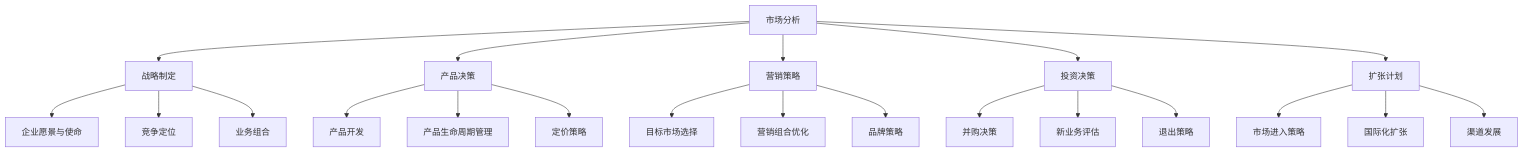
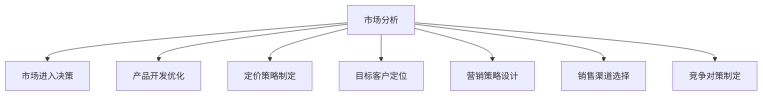
The first of 8 diagrams in src/site/notes/知识共享/002_商业分析/01_学习内容/04_市场与竞争分析/4.1 市场分析框架.md (amcoimg/my-digital-garden), drawn with Mermaid before and after one commit. The commit also changed other lines of this file and 1 other file, not shown here.

````diff
--- a/src/site/notes/知识共享/002_商业分析/01_学习内容/04_市场与竞争分析/4.1 市场分析框架.md
+++ b/src/site/notes/知识共享/002_商业分析/01_学习内容/04_市场与竞争分析/4.1 市场分析框架.md
@@ -41,28 +41,10 @@
 ```mermaid
-graph TD
-    A[市场分析] --> B[战略制定]
-    A --> C[产品决策]
-    A --> D[营销策略]
-    A --> E[投资决策]
-    A --> F[扩张计划]
-    
-    B --> G[企业愿景与使命]
-    B --> H[竞争定位]
-    B --> I[业务组合]
-    
-    C --> J[产品开发]
-    C --> K[产品生命周期管理]
-    C --> L[定价策略]
-    
-    D --> M[目标市场选择]
-    D --> N[营销组合优化]
-    D --> O[品牌策略]
-    
-    E --> P[并购决策]
-    E --> Q[新业务评估]
-    E --> R[退出策略]
-    
-    F --> S[市场进入策略]
-    F --> T[国际化扩张]
-    F --> U[渠道发展]
+flowchart TD
+    A[市场分析] --> B[市场进入决策]
+    A --> C[产品开发优化]
+    A --> D[定价策略制定]
+    A --> E[目标客户定位]
+    A --> F[营销策略设计]
+    A --> G[销售渠道选择]
+    A --> H[竞争对策制定]
 ```
````
